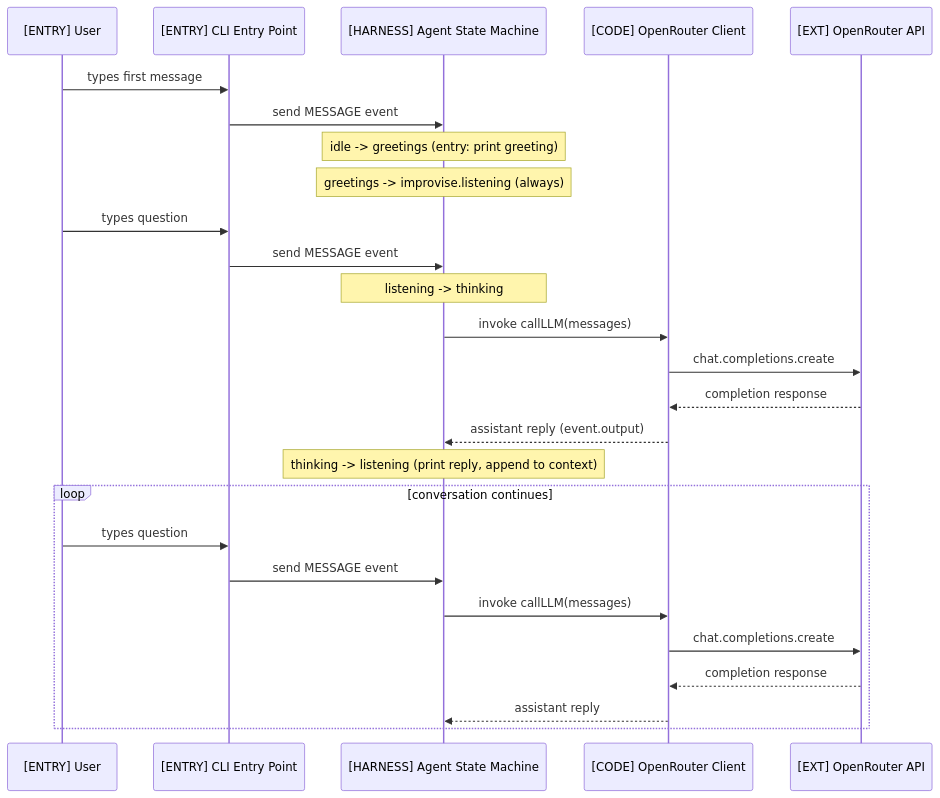
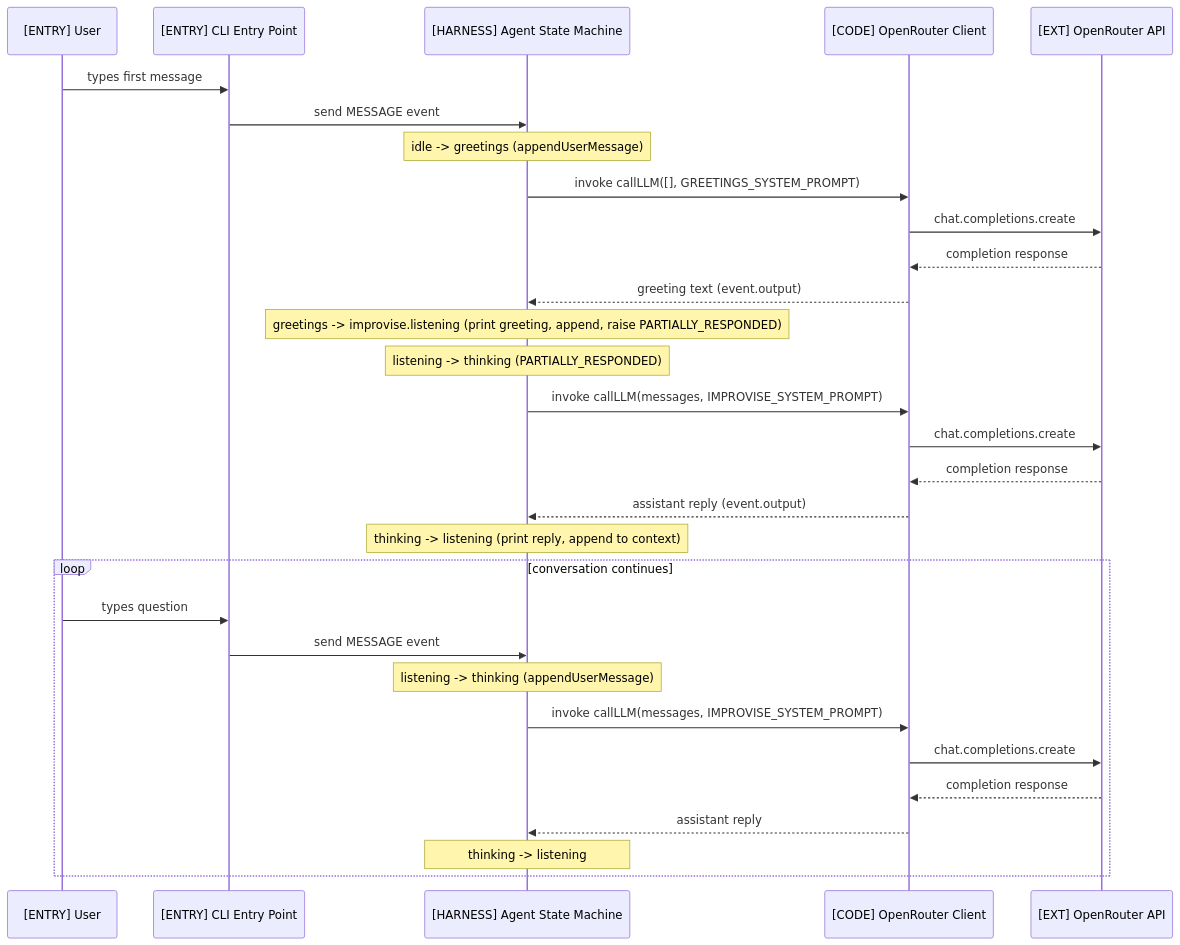
Before and after one commit to EduardoRenani/ai-agent-xstate: the third of 4 diagrams in README.md, drawn with Mermaid. The commit also changed other lines of this file and 6 other files, not shown here.

First line of the commit message:
docs: update architecture diagrams and README for Atlas identity and PARTIALLY_RESPONDED flow

````diff
--- a/README.md
+++ b/README.md
@@ -77,31 +77,34 @@
 ```mermaid
 sequenceDiagram
     participant user as [ENTRY] User
     participant cli as [ENTRY] CLI Entry Point
     participant machine as [HARNESS] Agent State Machine
     participant client as [CODE] OpenRouter Client
     participant api as [EXT] OpenRouter API
 
     user->>cli: types first message
     cli->>machine: send MESSAGE event
-    Note over machine: idle -> greetings (entry: print greeting)
-    Note over machine: greetings -> improvise.listening (always)
-
-    user->>cli: types question
-    cli->>machine: send MESSAGE event
-    Note over machine: listening -> thinking
-    machine->>client: invoke callLLM(messages)
+    Note over machine: idle -> greetings (appendUserMessage)
+    machine->>client: invoke callLLM([], GREETINGS_SYSTEM_PROMPT)
+    client->>api: chat.completions.create
+    api-->>client: completion response
+    client-->>machine: greeting text (event.output)
+    Note over machine: greetings -> improvise.listening (print greeting, append, raise PARTIALLY_RESPONDED)
+    Note over machine: listening -> thinking (PARTIALLY_RESPONDED)
+    machine->>client: invoke callLLM(messages, IMPROVISE_SYSTEM_PROMPT)
     client->>api: chat.completions.create
     api-->>client: completion response
     client-->>machine: assistant reply (event.output)
     Note over machine: thinking -> listening (print reply, append to context)
 
     loop conversation continues
         user->>cli: types question
         cli->>machine: send MESSAGE event
-        machine->>client: invoke callLLM(messages)
+        Note over machine: listening -> thinking (appendUserMessage)
+        machine->>client: invoke callLLM(messages, IMPROVISE_SYSTEM_PROMPT)
         client->>api: chat.completions.create
         api-->>client: completion response
         client-->>machine: assistant reply
+        Note over machine: thinking -> listening
     end
 ```
````
